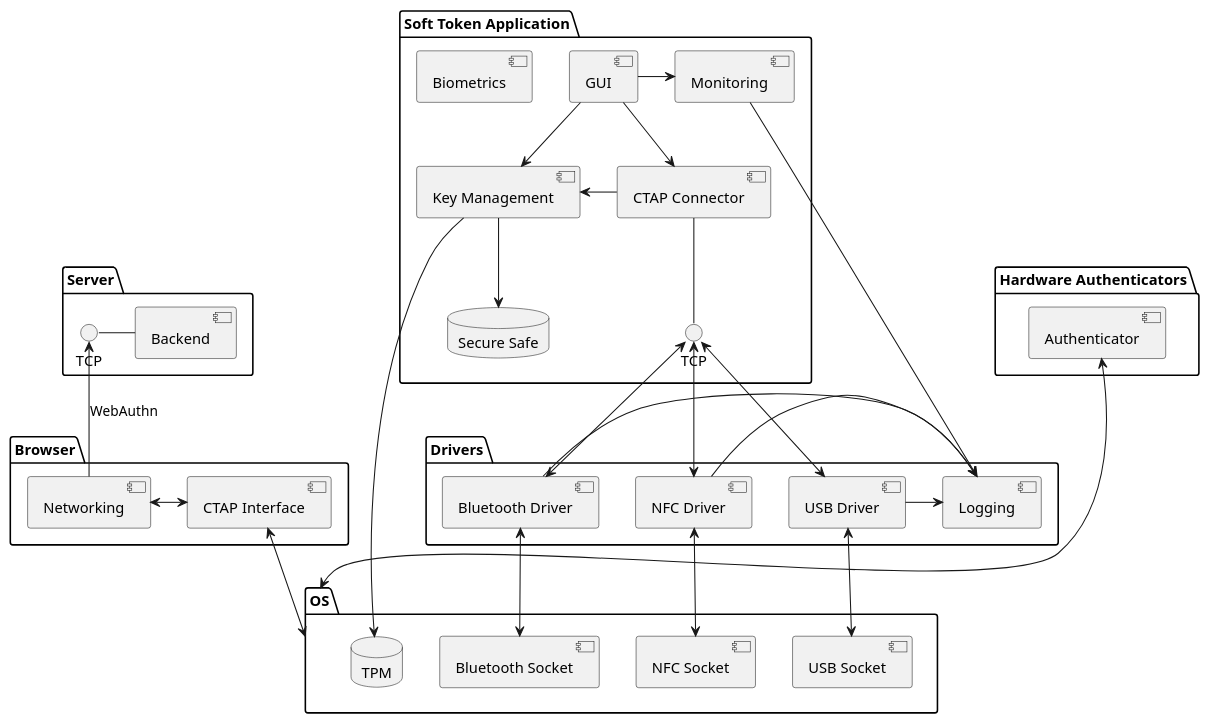
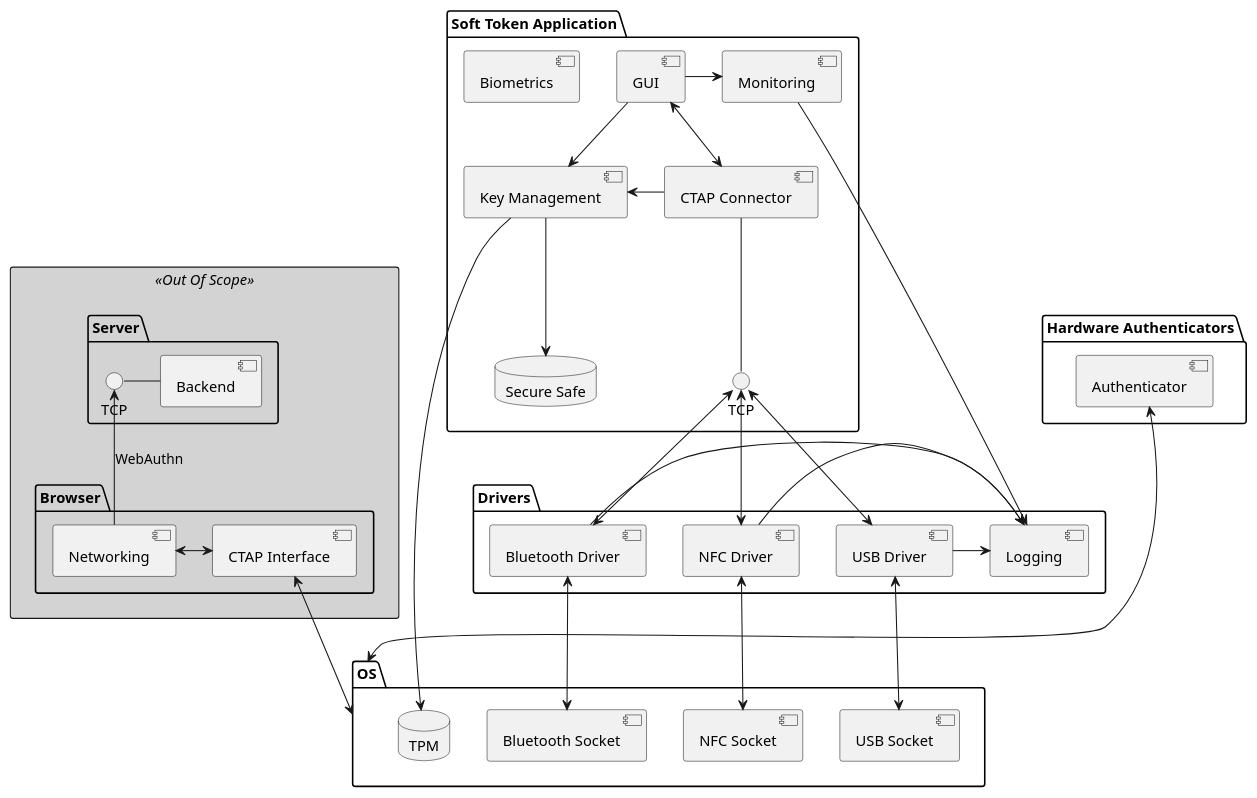
One commit to Vierheller/tuda_linux_ctap_softtoken_design changed the diagram in Design.puml. Above: the diagram before and after it, drawn with PlantUML. The commit also changed 1 other file, not shown here.

Commit message:
Set out of scope

```diff
--- a/Design.puml
+++ b/Design.puml
@@ -1,67 +1,75 @@
 @startuml
 skinparam linetype poly
 
-package "Server" {
-    () TCP
+skinparam rectangle {
+    backgroundColor LightGrey
+}
 
-    TCP - [Backend]
+rectangle <<Out Of Scope>> {
+    package "Server" {
+        () TCP
+
+        TCP - [Backend]
+    }
+
+    package "Browser" {
+        TCP <-- [Networking]: "WebAuthn"
+        [CTAP Interface] as ctapi
+    }
 }
 
 package "OS" {
     [USB Socket]
     [Bluetooth Socket]
     [NFC Socket]
 
     database "TPM" as tpm
 }
 
-package "Browser" {
-    TCP <-- [Networking]: "WebAuthn"
-    [CTAP Interface] as ctapi
-}
+
 
 package "Hardware Authenticators" {
     component Authenticator
     Authenticator <---> OS
 }
 
 package "Soft Token Application" {
     () TCP as TCP2
     [Biometrics] as bio
     [CTAP Connector] as conn
     [Key Management]  as km
     database "Secure Safe" as db
     [GUI] as GUI
     [Monitoring] as mon
 }
 
 package "Drivers" {
     [USB Driver]        <-down-> [USB Socket]
     [Bluetooth Driver]  <-down-> [Bluetooth Socket]
     [NFC Driver]        <-down-> [NFC Socket]
     [Logging]
 }
 
 
 Networking <-> ctapi
 ctapi <--> OS
 
 GUI -down-> km
-GUI --> conn
+GUI <--> conn
 GUI -> mon
 mon -> [Logging]
 conn -down- TCP2
 conn -> km
 km --> db
 km --> tpm
 
 [USB Driver] -> [Logging]
 [Bluetooth Driver] -> [Logging]
 [NFC Driver] -> [Logging]
 TCP2 <--> [USB Driver]
 TCP2 <--> [Bluetooth Driver]
 TCP2 <--> [NFC Driver]
 
 
 
 @enduml
```
